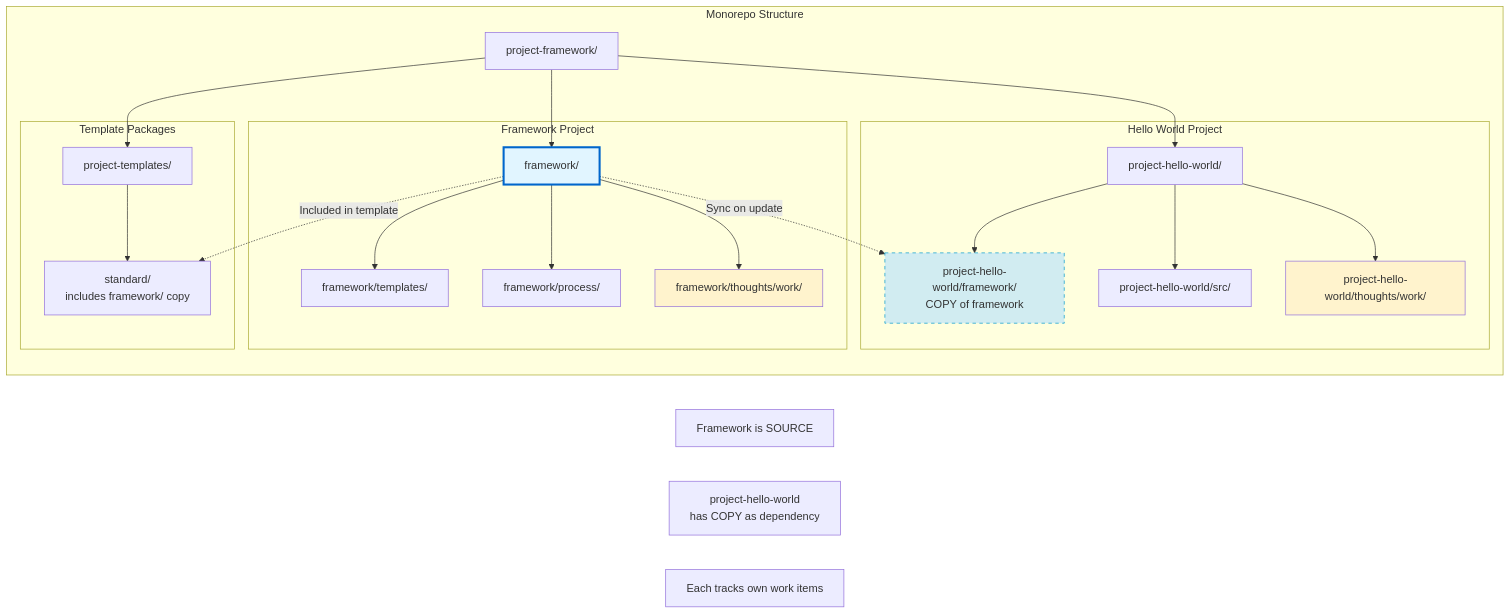
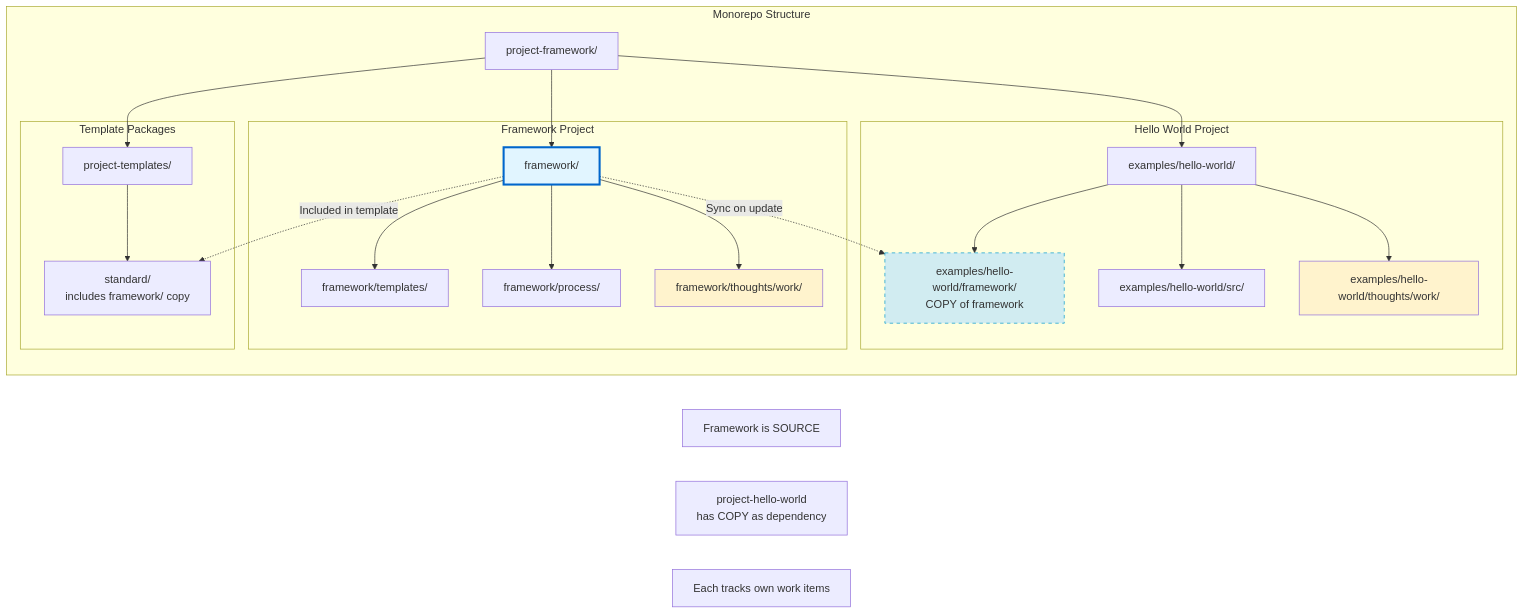
The fourth of 5 diagrams in framework/thoughts/work/backlog/DECISION-050-framework-distribution-flow-diagram.md (SpearIT-LLC/project-framework), drawn with Mermaid before and after one commit. The commit also changed other lines of this file and 6 other files, not shown here.

First line of the commit message:
docs(REFACTOR-052): Update Tier 2 work items with examples/hello-world path

````diff
--- a/framework/thoughts/work/backlog/DECISION-050-framework-distribution-flow-diagram.md
+++ b/framework/thoughts/work/backlog/DECISION-050-framework-distribution-flow-diagram.md
@@ -132,48 +132,48 @@
 ```mermaid
 graph LR
     subgraph "Monorepo Structure"
         A[project-framework/]
 
         subgraph "Framework Project"
             B[framework/]
             B1[framework/templates/]
             B2[framework/process/]
             B3[framework/thoughts/work/]
             B --> B1
             B --> B2
             B --> B3
         end
 
         subgraph "Hello World Project"
-            C[project-hello-world/]
-            C1[project-hello-world/framework/<br/>COPY of framework]
-            C2[project-hello-world/src/]
-            C3[project-hello-world/thoughts/work/]
+            C[examples/hello-world/]
+            C1[examples/hello-world/framework/<br/>COPY of framework]
+            C2[examples/hello-world/src/]
+            C3[examples/hello-world/thoughts/work/]
             C --> C1
             C --> C2
             C --> C3
         end
 
         subgraph "Template Packages"
             D[project-templates/]
             D1[standard/<br/>includes framework/ copy]
             D --> D1
         end
 
         A --> B
         A --> C
         A --> D
     end
 
     B -.->|Sync on update| C1
     B -.->|Included in template| D1
 
     style B fill:#e1f5ff,stroke:#0066cc,stroke-width:3px
     style C1 fill:#d1ecf1,stroke:#0099cc,stroke-dasharray: 5 5
     style B3 fill:#fff3cd
     style C3 fill:#fff3cd
 
     Note1[Framework is SOURCE]
     Note2[project-hello-world<br/>has COPY as dependency]
     Note3[Each tracks own work items]
 ```
````
